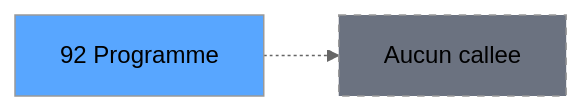
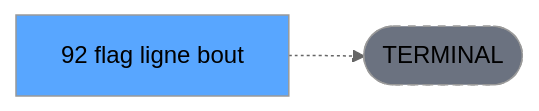
One commit to thonyAGP/lecteur-magic changed the third of 3 diagrams in .openspec/specs/ADH-IDE-92.md. Above: the diagram before and after it, drawn with Mermaid (neutral theme). The commit also changed other lines of this file and 701 other files, not shown here.

````diff
--- a/.openspec/specs/ADH-IDE-92.md
+++ b/.openspec/specs/ADH-IDE-92.md
@@ -141,8 +134,8 @@
 ```mermaid
 graph LR
-    T[92 Programme]
-    NONE[Aucun callee]
-    T -.-> NONE
+    T[92 flag ligne bout]
+    TERM([TERMINAL])
+    T -.-> TERM
+    style TERM fill:#6b7280,stroke-dasharray: 5 5
     style T fill:#58a6ff,color:#000
-    style NONE fill:#6b7280,stroke-dasharray: 5 5
 ```
````
